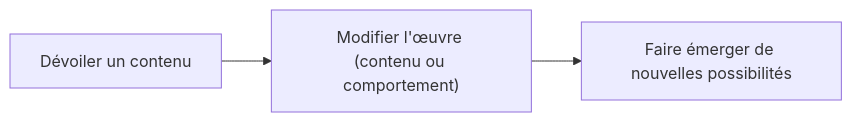
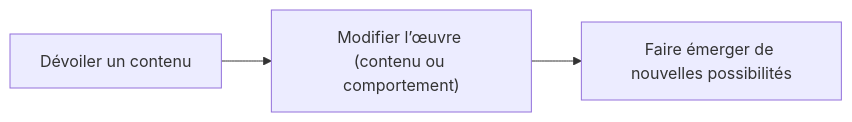
Before and after one commit to thomasfredericks/aide: the diagram in creation/interactivite/continuum/README.md, drawn with Mermaid. The commit also changed 6 other files, not shown here.

````diff
--- a/creation/interactivite/continuum/README.md
+++ b/creation/interactivite/continuum/README.md
@@ -10,9 +10,9 @@
 ```mermaid
 flowchart LR
     A["Dévoiler un contenu"]
-    B["Modifier l'œuvre (contenu ou comportement)"]
+    B["Modifier l’œuvre (contenu ou comportement)"]
     C["Faire émerger de nouvelles possibilités"]
 
     A --> B
     B --> C
 ```
````
